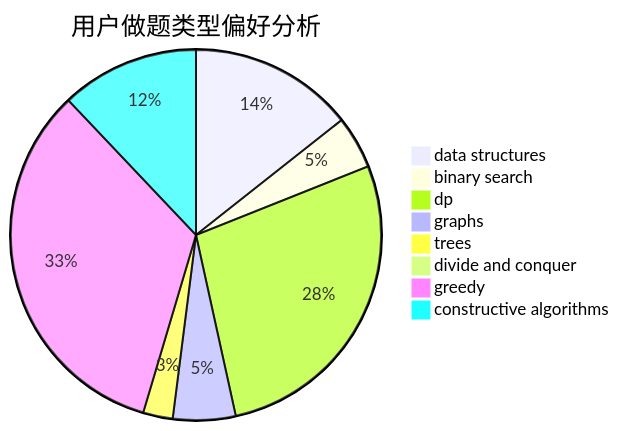
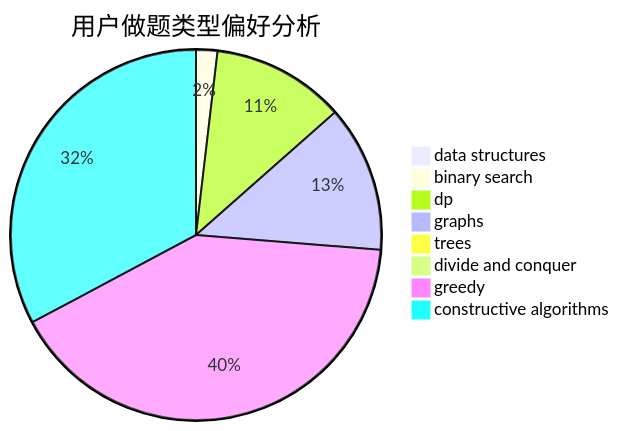
Before and after one commit to sherpahu/cfrs.github.io: the second of 3 diagrams in docs/user/u1725.md, drawn with Mermaid. The commit also changed other lines of this file and 2770 other files, not shown here.

````diff
--- a/docs/user/u1725.md
+++ b/docs/user/u1725.md
@@ -23,11 +23,11 @@
 ```mermaid
 pie title 用户做题类型偏好分析
-    "data structures" :  50
-    "binary search" :  16
-    "dp" :  96
-    "graphs" :  19
-    "trees" :  9
+    "data structures" :  4
+    "binary search" :  8
+    "dp" :  50
+    "graphs" :  55
+    "trees" :  2
     "divide and conquer" :  0
-    "greedy" :  116
-    "constructive algorithms" :  42
+    "greedy" :  176
+    "constructive algorithms" :  141
 ```
````
